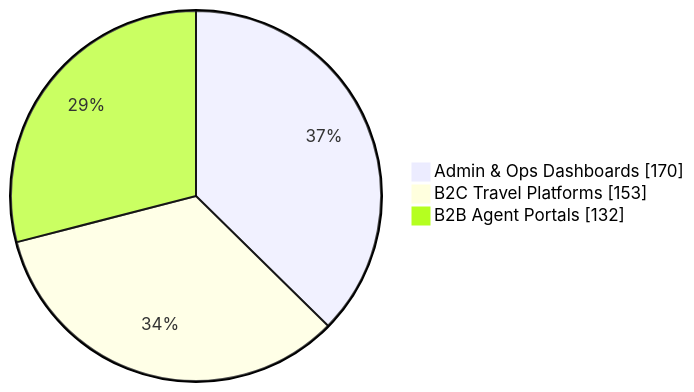
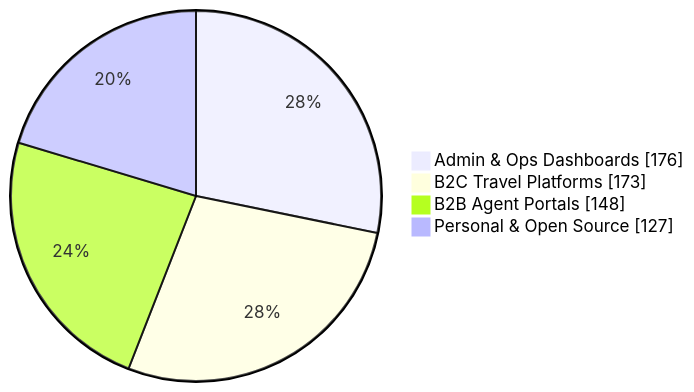
Before and after one commit to NermeenShehab/NermeenShehab: the second of 3 diagrams in README.md, drawn with Mermaid. The commit also changed other lines of this file, not shown here.

````diff
--- a/README.md
+++ b/README.md
@@ -53,6 +49,7 @@
 ```mermaid
 pie showData
-    "Admin & Ops Dashboards" : 170
-    "B2C Travel Platforms" : 153
-    "B2B Agent Portals" : 132
+    "Admin & Ops Dashboards" : 176
+    "B2C Travel Platforms" : 173
+    "B2B Agent Portals" : 148
+    "Personal & Open Source" : 127
 ```
````
